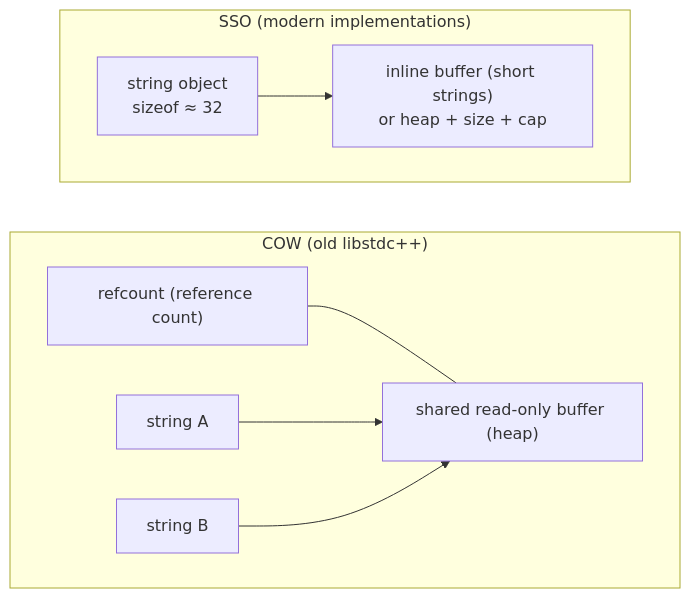
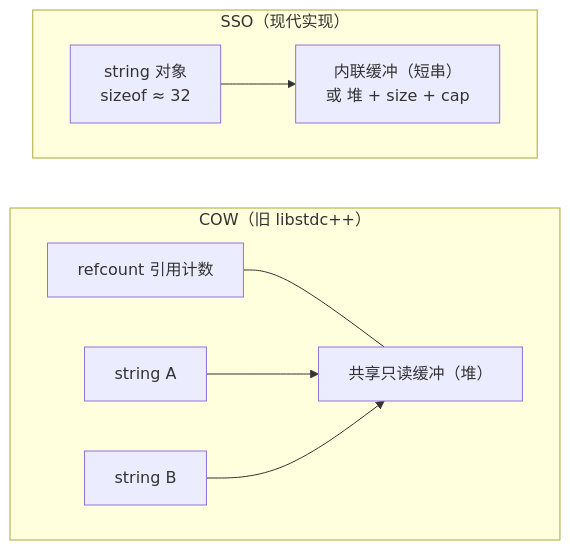
The first of 2 diagrams in documents/en/vol3-standard-library/containers/04-string-memory-deep-dive.md (Awesome-Embedded-Learning-Studio/Tutorial_AwesomeModernCPP), drawn with Mermaid before and after one commit. The commit also changed other lines of this file and 749 other files, not shown here.

````diff
--- a/documents/en/vol3-standard-library/containers/04-string-memory-deep-dive.md
+++ b/documents/en/vol3-standard-library/containers/04-string-memory-deep-dive.md
@@ -42,13 +42,13 @@
 ```mermaid
 flowchart LR
-    subgraph COW["COW (old libstdc++)"]
+    subgraph COW["COW（旧 libstdc++）"]
         direction LR
-        RC["refcount (reference count)"] --- BUF["shared read-only buffer (heap)"]
+        RC["refcount 引用计数"] --- BUF["共享只读缓冲（堆）"]
         SA["string A"] --> BUF
         SB["string B"] --> BUF
     end
-    subgraph SSO["SSO (modern implementations)"]
+    subgraph SSO["SSO（现代实现）"]
         direction LR
-        OBJ["string object<br/>sizeof ≈ 32"] --> STORE["inline buffer (short strings)<br/>or heap + size + cap"]
+        OBJ["string 对象<br/>sizeof ≈ 32"] --> STORE["内联缓冲（短串）<br/>或 堆 + size + cap"]
     end
 ```
````
